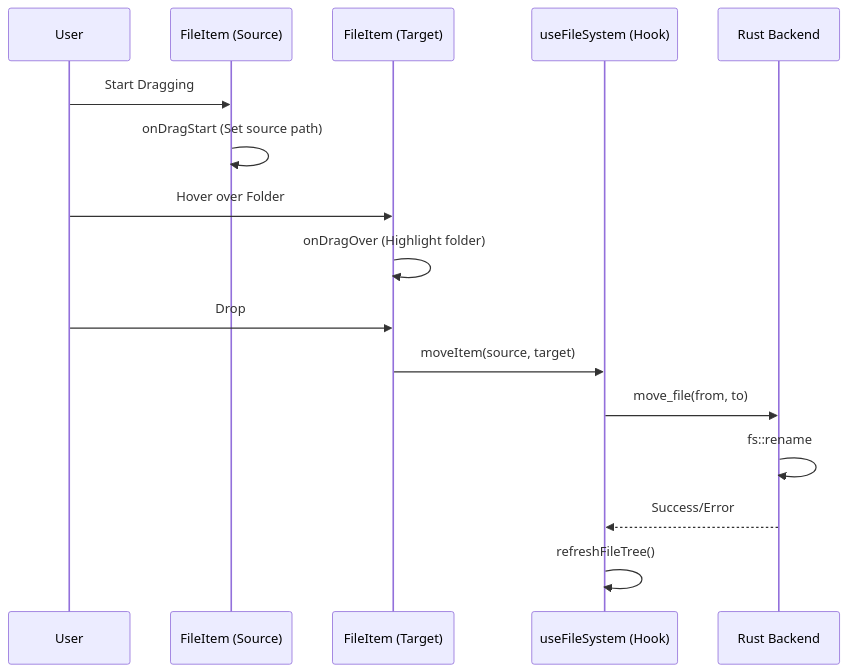
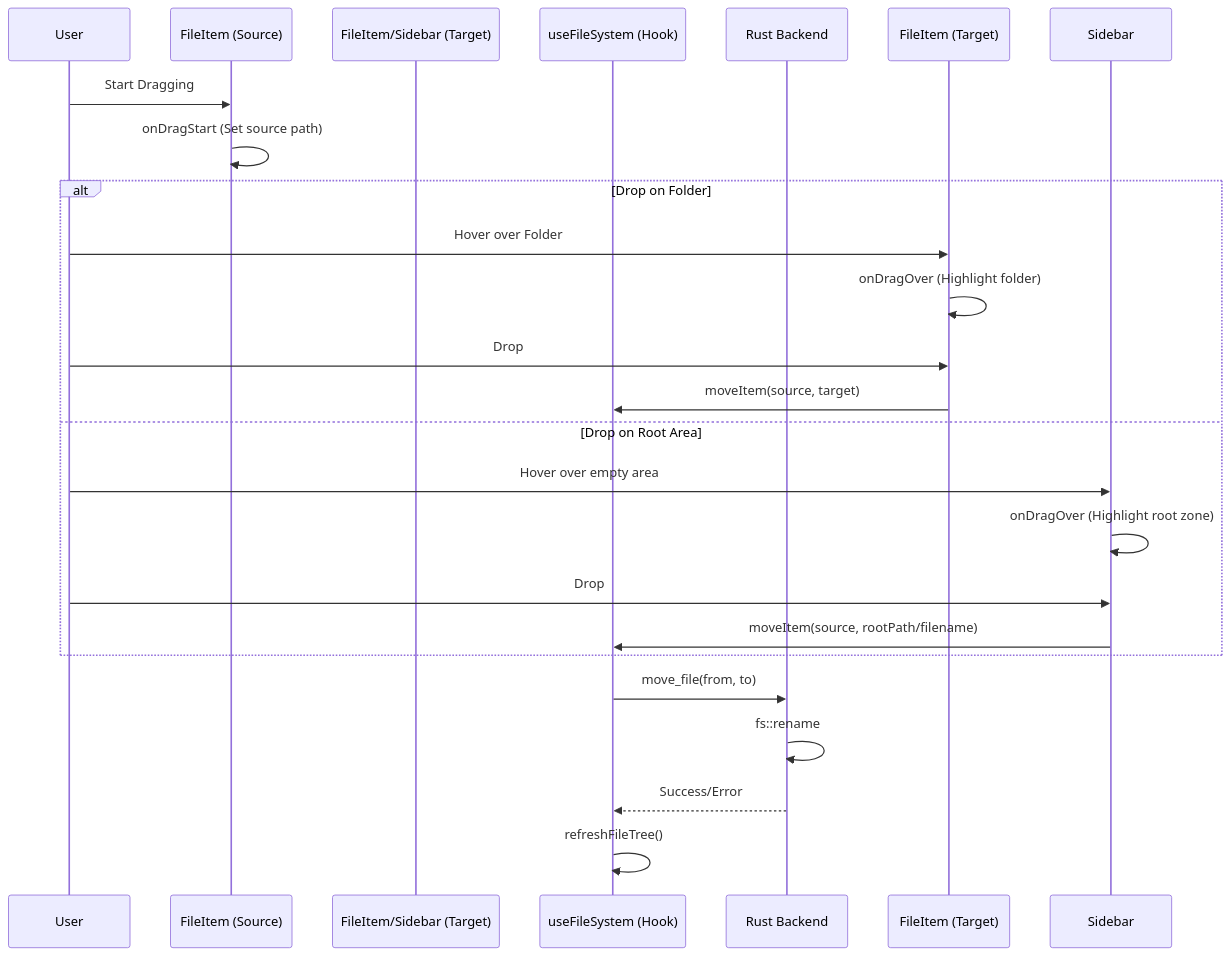
Before and after one commit to AlvinPlayz23/void-desk: the diagram in D&D.md, drawn with Mermaid. The commit also changed other lines of this file and 21 other files, not shown here.

````diff
--- a/D&D.md
+++ b/D&D.md
@@ -11,19 +17,28 @@
 ```mermaid
 sequenceDiagram
     participant User
     participant FileItem (Source)
-    participant FileItem (Target)
+    participant FileItem/Sidebar (Target)
     participant useFileSystem (Hook)
     participant Rust Backend
 
     User->>FileItem (Source): Start Dragging
     FileItem (Source)->>FileItem (Source): onDragStart (Set source path)
-    User->>FileItem (Target): Hover over Folder
-    FileItem (Target)->>FileItem (Target): onDragOver (Highlight folder)
-    User->>FileItem (Target): Drop
-    FileItem (Target)->>useFileSystem (Hook): moveItem(source, target)
+
+    alt Drop on Folder
+        User->>FileItem (Target): Hover over Folder
+        FileItem (Target)->>FileItem (Target): onDragOver (Highlight folder)
+        User->>FileItem (Target): Drop
+        FileItem (Target)->>useFileSystem (Hook): moveItem(source, target)
+    else Drop on Root Area
+        User->>Sidebar: Hover over empty area
+        Sidebar->>Sidebar: onDragOver (Highlight root zone)
+        User->>Sidebar: Drop
+        Sidebar->>useFileSystem (Hook): moveItem(source, rootPath/filename)
+    end
+
     useFileSystem (Hook)->>Rust Backend: move_file(from, to)
     Rust Backend->>Rust Backend: fs::rename
     Rust Backend-->>useFileSystem (Hook): Success/Error
     useFileSystem (Hook)->>useFileSystem (Hook): refreshFileTree()
 ```
````
